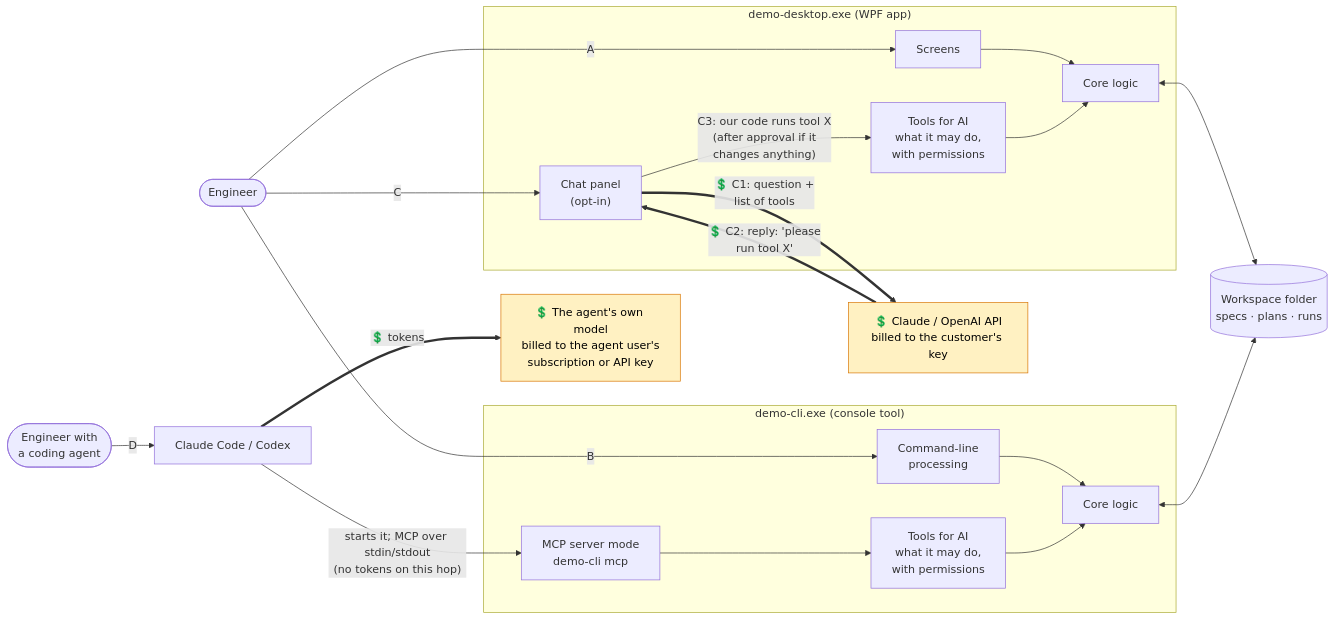
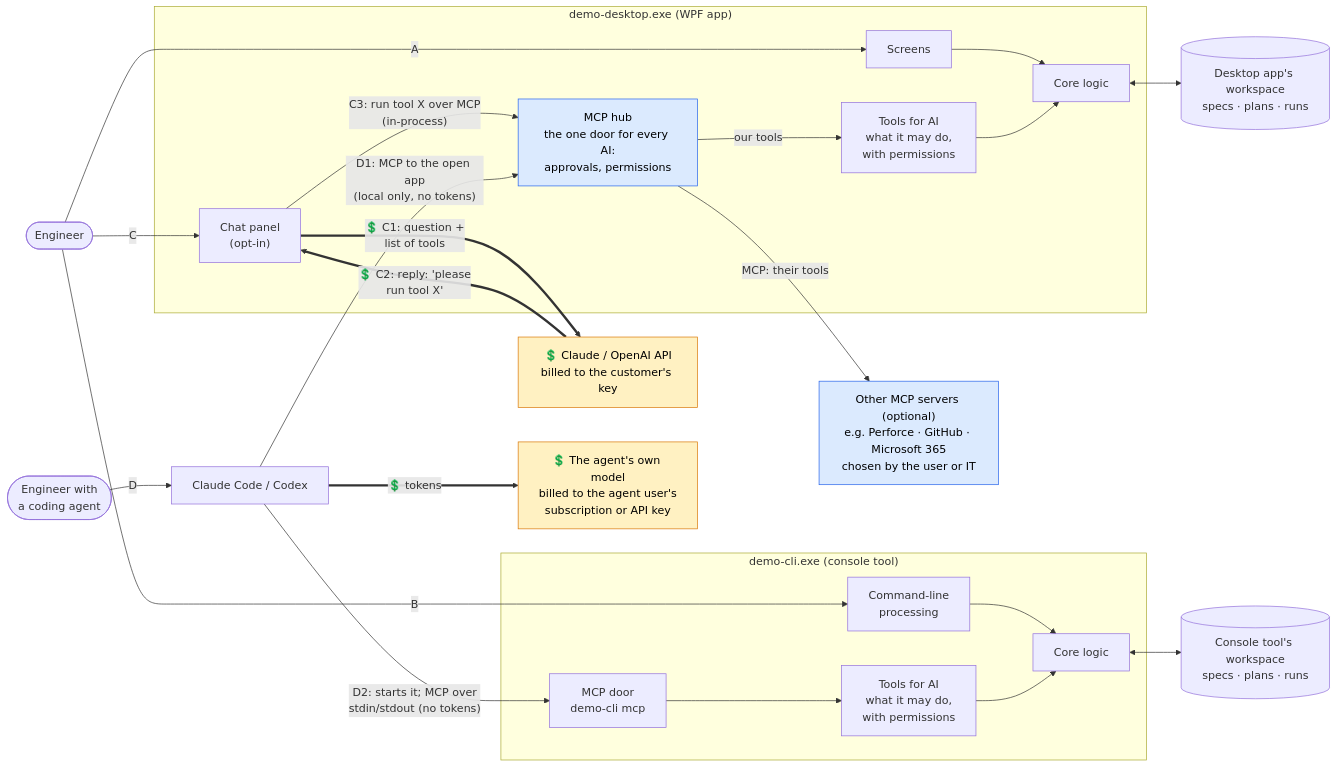
The first of 2 diagrams in README.md (RelentlessOldMan/ChatbotAddonDemo), drawn with Mermaid before and after one commit. The commit also changed other lines of this file and 74 other files, not shown here.

First line of the commit message:
Add an MCP hub to the desktop app: one door for the chat, coding agents and other MCP servers

````diff
--- a/README.md
+++ b/README.md
@@ -31,38 +32,46 @@
 ```mermaid
 flowchart LR
     eng(["Engineer"])
     dev(["Engineer with<br/>a coding agent"])
 
     subgraph desktop["demo-desktop.exe (WPF app)"]
         ui["Screens"]
         chat["Chat panel<br/>(opt-in)"]
+        hub["MCP hub<br/>the one door for every AI:<br/>approvals, permissions"]
         dcap["Tools for AI<br/>what it may do,<br/>with permissions"]
         dlogic["Core logic"]
     end
     subgraph cli["demo-cli.exe (console tool)"]
         cmds["Command-line<br/>processing"]
-        mcp["MCP server mode<br/>demo-cli mcp"]
+        mcp["MCP door<br/>demo-cli mcp"]
         ccap["Tools for AI<br/>what it may do,<br/>with permissions"]
         clogic["Core logic"]
     end
 
     llm["💲 Claude / OpenAI API<br/>billed to the customer's key"]
     agent["Claude Code / Codex"]
     agentllm["💲 The agent's own model<br/>billed to the agent user's<br/>subscription or API key"]
-    ws[("Workspace folder<br/>specs · plans · runs")]
+    other["Other MCP servers (optional)<br/>e.g. Perforce · GitHub · Microsoft 365<br/>chosen by the user or IT"]
+    dws[("Desktop app's workspace<br/>specs · plans · runs")]
+    cws[("Console tool's workspace<br/>specs · plans · runs")]
 
     eng -- A --> ui --> dlogic
     eng -- B --> cmds --> clogic
     eng -- C --> chat
     chat == "💲 C1: question +<br/>list of tools" ==> llm
     llm == "💲 C2: reply: 'please<br/>run tool X'" ==> chat
-    chat -- "C3: our code runs tool X<br/>(after approval if it<br/>changes anything)" --> dcap --> dlogic
+    chat -- "C3: run tool X over MCP<br/>(in-process)" --> hub
+    hub -- "our tools" --> dcap --> dlogic
+    hub -- "MCP: their tools" --> other
     dev -- D --> agent
     agent == "💲 tokens" ==> agentllm
-    agent -- "starts it; MCP over stdin/stdout<br/>(no tokens on this hop)" --> mcp --> ccap --> clogic
-    dlogic <--> ws
-    clogic <--> ws
+    agent -- "D1: MCP to the open app<br/>(local only, no tokens)" --> hub
+    agent -- "D2: starts it; MCP over<br/>stdin/stdout (no tokens)" --> mcp --> ccap --> clogic
+    dlogic <--> dws
+    clogic <--> cws
 
     classDef paid fill:#fff1c2,stroke:#d97706,color:#000
+    classDef new fill:#dbeafe,stroke:#2563eb,color:#000
     class llm,agentllm paid
+    class hub,other new
 ```
````
